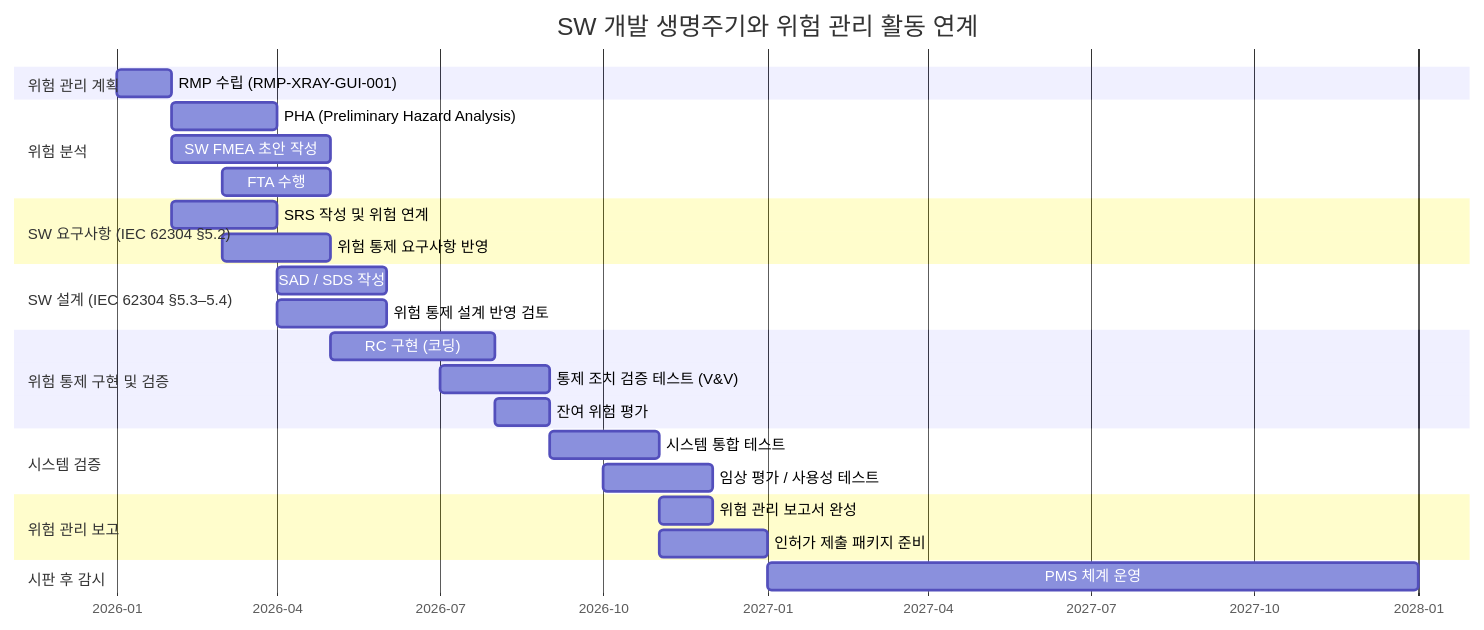
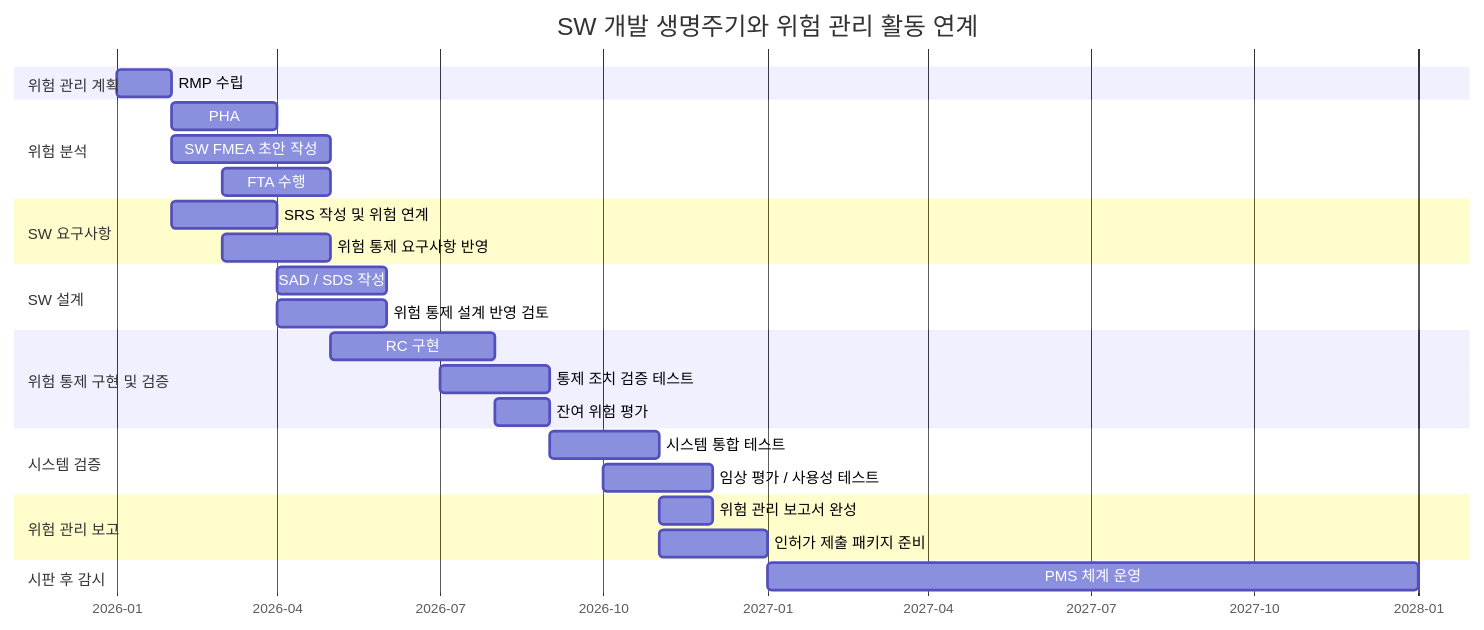
Before and after one commit to holee9/console-gui: the second of 11 diagrams in docs/risk/DOC-008_Risk_Management_Plan_v1.0.md, drawn with Mermaid. The commit also changed 10 other files, not shown here.

First line of the commit message:
fix: Gantt 차트 전면 수정 + 버전 불일치 해소

````diff
--- a/docs/risk/DOC-008_Risk_Management_Plan_v1.0.md
+++ b/docs/risk/DOC-008_Risk_Management_Plan_v1.0.md
@@ -186,38 +186,39 @@
 ```mermaid
 gantt
     title SW 개발 생명주기와 위험 관리 활동 연계
     dateFormat  YYYY-MM
     axisFormat  %Y-%m
 
     section 위험 관리 계획
-    RMP 수립 (RMP-XRAY-GUI-001)         :rm1, 2026-01, 1M
+    RMP 수립         :rm1, 2026-01, 1M
 
     section 위험 분석
-    PHA (Preliminary Hazard Analysis)    :rm2, 2026-02, 2M
+    PHA    :rm2, 2026-02, 2M
     SW FMEA 초안 작성                    :rm3, 2026-02, 3M
     FTA 수행                             :rm4, 2026-03, 2M
 
-    section SW 요구사항 (IEC 62304 §5.2)
+    section SW 요구사항
     SRS 작성 및 위험 연계                :sw1, 2026-02, 2M
     위험 통제 요구사항 반영              :sw2, 2026-03, 2M
 
-    section SW 설계 (IEC 62304 §5.3–5.4)
+    section SW 설계
     SAD / SDS 작성                       :sw3, 2026-04, 2M
     위험 통제 설계 반영 검토             :sw4, 2026-04, 2M
 
     section 위험 통제 구현 및 검증
-    RC 구현 (코딩)                       :rc1, 2026-05, 3M
-    통제 조치 검증 테스트 (V&V)          :rc2, 2026-07, 2M
+    RC 구현                       :rc1, 2026-05, 3M
+    통제 조치 검증 테스트          :rc2, 2026-07, 2M
     잔여 위험 평가                       :rc3, 2026-08, 1M
 
     section 시스템 검증
     시스템 통합 테스트                   :sv1, 2026-09, 2M
     임상 평가 / 사용성 테스트            :sv2, 2026-10, 2M
 
     section 위험 관리 보고
     위험 관리 보고서 완성                :rep1, 2026-11, 1M
     인허가 제출 패키지 준비              :sub1, 2026-11, 2M
 
     section 시판 후 감시
     PMS 체계 운영                        :pms1, 2027-01, 12M
+
 ```
````
